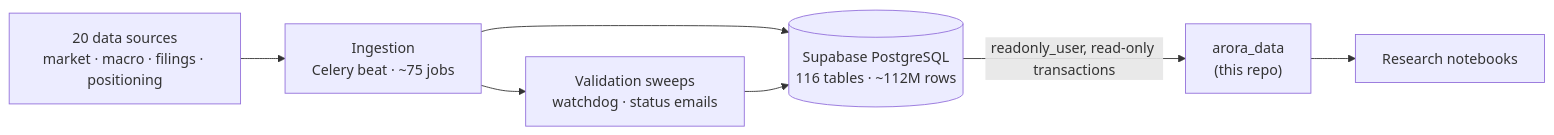
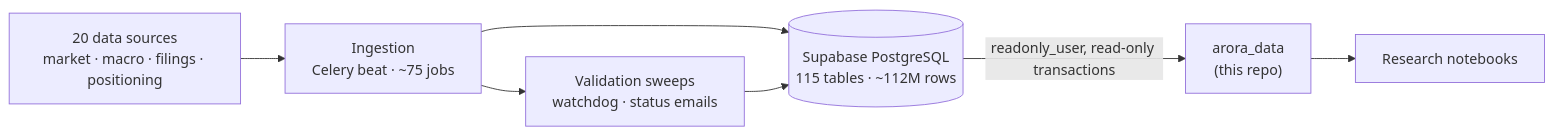
The first of 3 diagrams in README.md (AnshArora04/arora_data), drawn with Mermaid before and after one commit. The commit also changed other lines of this file and 8 other files, not shown here.

````diff
--- a/README.md
+++ b/README.md
@@ -33,9 +33,9 @@
 ```mermaid
 flowchart LR
   SRC["20 data sources<br/>market · macro · filings · positioning"] --> ING["Ingestion<br/>Celery beat · ~75 jobs"]
-  ING --> DB[("Supabase PostgreSQL<br/>116 tables · ~112M rows")]
+  ING --> DB[("Supabase PostgreSQL<br/>115 tables · ~112M rows")]
   ING --> DQ["Validation sweeps<br/>watchdog · status emails"]
   DQ --> DB
   DB -->|readonly_user, read-only transactions| LIB["arora_data<br/>(this repo)"]
   LIB --> NB["Research notebooks"]
 ```
````
